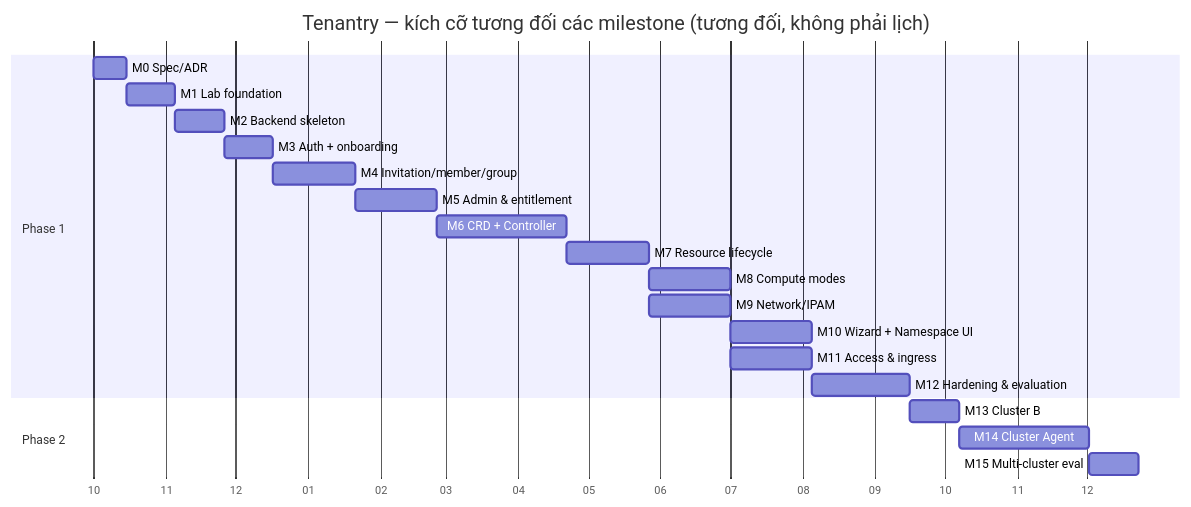
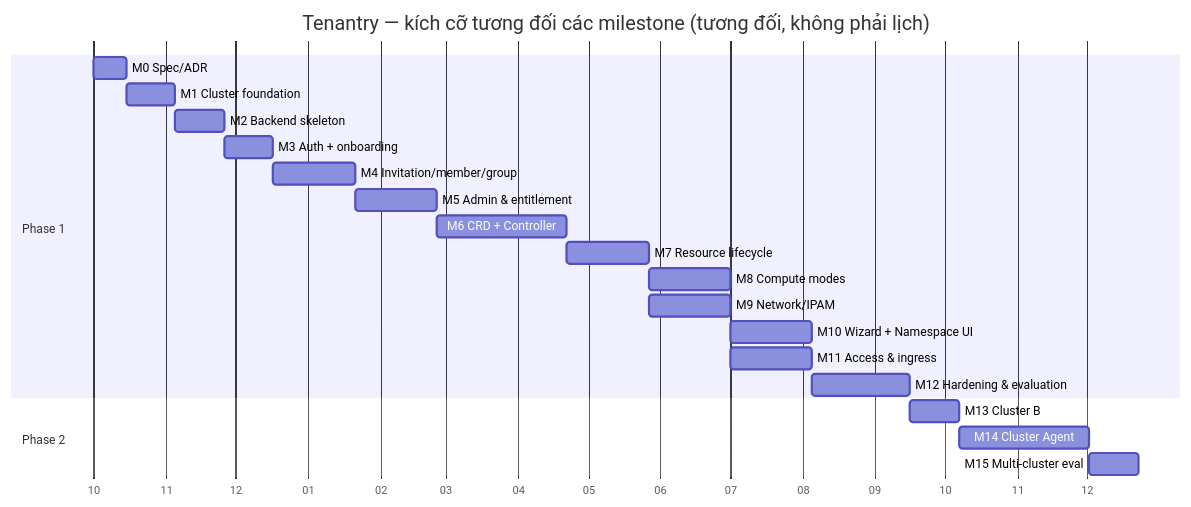
The second of 2 diagrams in docs/IMPLEMENTATION-PLAN.md (thaihoc1310/tenantry), drawn with Mermaid before and after one commit. The commit also changed other lines of this file and 10 other files, not shown here.

Commit message:
docs: platform-managed Routes on Traefik with Let's Encrypt, NFS via csi-driver-nfs, cluster foundation under deploy/cluster

````diff
--- a/docs/IMPLEMENTATION-PLAN.md
+++ b/docs/IMPLEMENTATION-PLAN.md
@@ -617,24 +616,24 @@
 ```mermaid
 gantt
   title Tenantry — kích cỡ tương đối các milestone (tương đối, không phải lịch)
   dateFormat YYYY-MM-DD
   axisFormat %m
   section Phase 1
   M0 Spec/ADR                :m0, 2026-10-01, 2w
-  M1 Lab foundation          :m1, after m0, 3w
+  M1 Cluster foundation          :m1, after m0, 3w
   M2 Backend skeleton        :m2, after m1, 3w
   M3 Auth + onboarding       :m3, after m2, 3w
   M4 Invitation/member/group :m4, after m3, 5w
   M5 Admin & entitlement     :m5, after m4, 5w
   M6 CRD + Controller        :m6, after m5, 8w
   M7 Resource lifecycle      :m7, after m6, 5w
   M8 Compute modes           :m8, after m7, 5w
   M9 Network/IPAM            :m9, after m7, 5w
   M10 Wizard + Namespace UI  :m10, after m8, 5w
   M11 Access & ingress       :m11, after m9, 5w
   M12 Hardening & evaluation :m12, after m10, 6w
   section Phase 2
   M13 Cluster B              :m13, after m12, 3w
   M14 Cluster Agent          :m14, after m13, 8w
   M15 Multi-cluster eval     :m15, after m14, 3w
 ```
````
